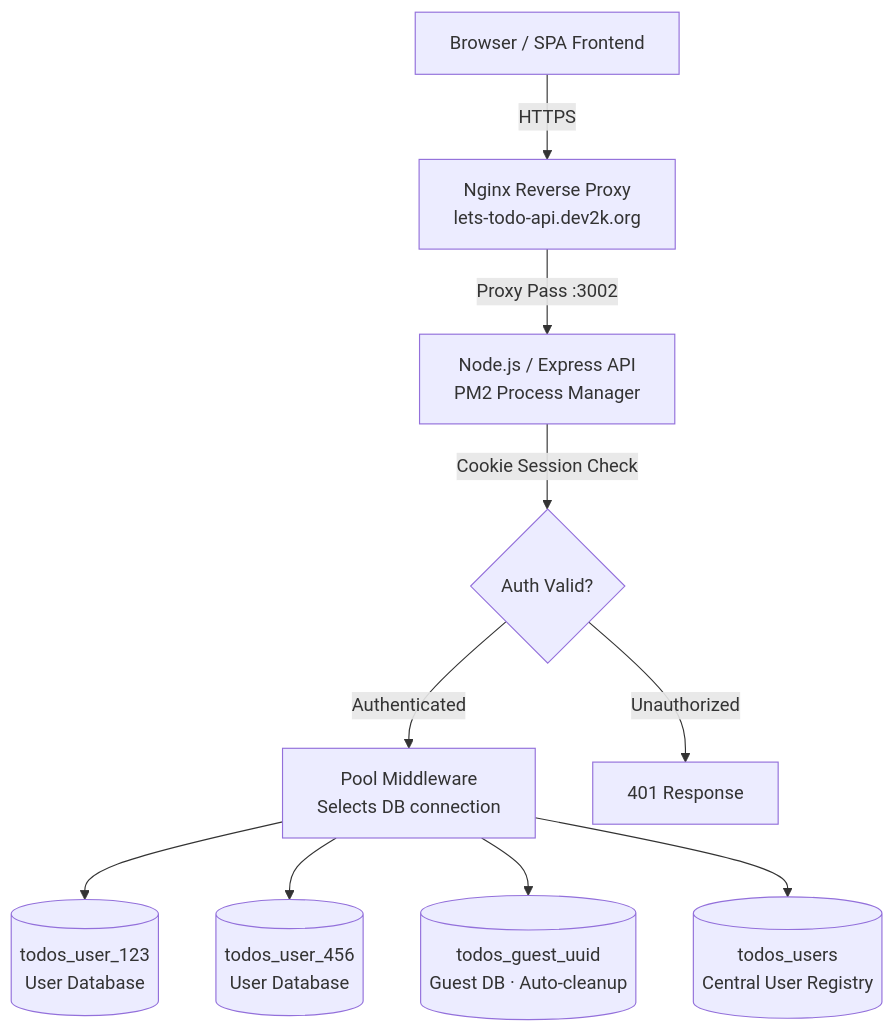
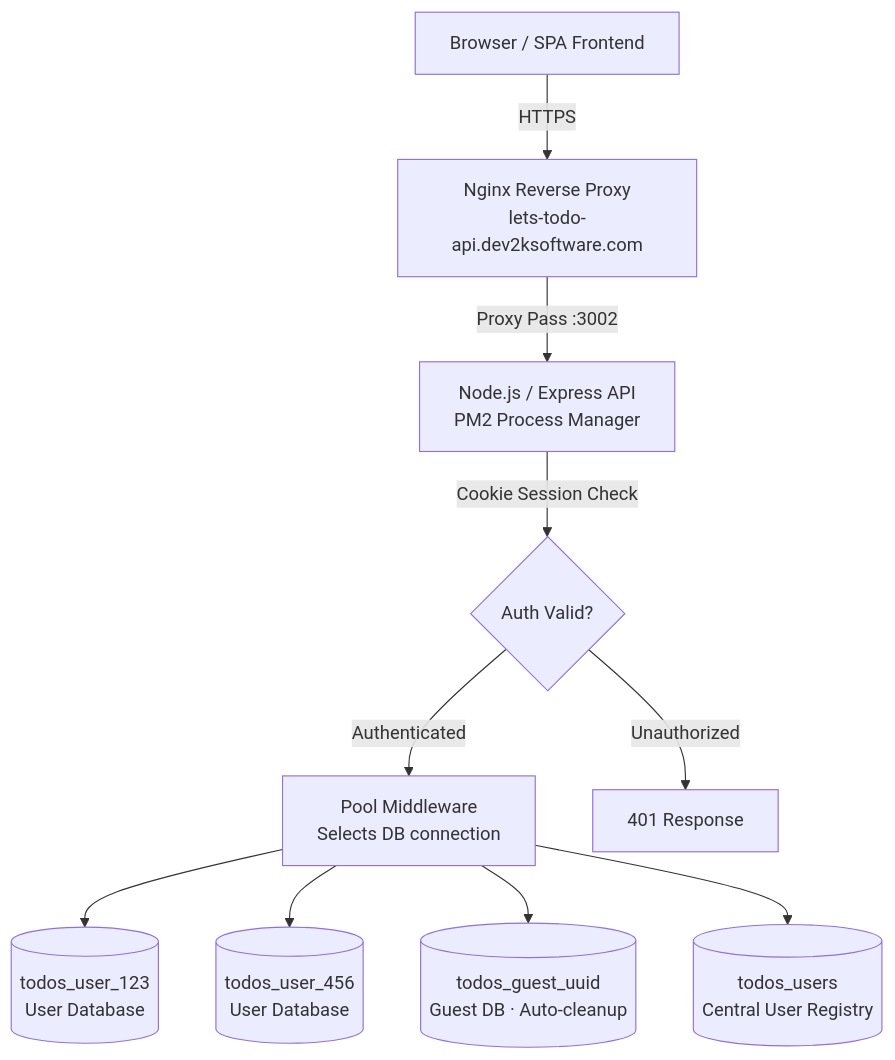
Before and after one commit to KosMaster87/Lets-Todo: the diagram in backend/README.md, drawn with Mermaid. The commit also changed other lines of this file and 16 other files, not shown here.

Commit message:
chore: migrate all dev2k.org references to dev2ksoftware.com (domains, cookies, CORS, email)

````diff
--- a/backend/README.md
+++ b/backend/README.md
@@ -89,12 +89,12 @@
 ```mermaid
 graph TD
-    A["Browser / SPA Frontend"] -->|HTTPS| B["Nginx Reverse Proxy\nlets-todo-api.dev2k.org"]
+    A["Browser / SPA Frontend"] -->|HTTPS| B["Nginx Reverse Proxy\nlets-todo-api.dev2ksoftware.com"]
     B -->|Proxy Pass :3002| C["Node.js / Express API\nPM2 Process Manager"]
     C -->|Cookie Session Check| D{"Auth Valid?"}
     D -->|Authenticated| E["Pool Middleware\nSelects DB connection"]
     D -->|Unauthorized| F["401 Response"]
     E --> G[("todos_user_123\nUser Database")]
     E --> H[("todos_user_456\nUser Database")]
     E --> I[("todos_guest_uuid\nGuest DB · Auto-cleanup")]
     E --> J[("todos_users\nCentral User Registry")]
 ```
````
